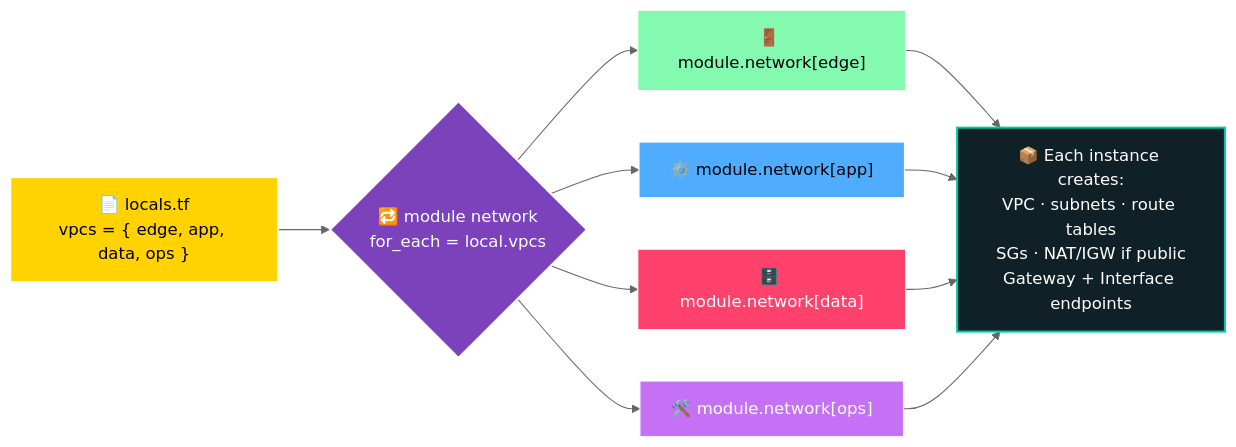
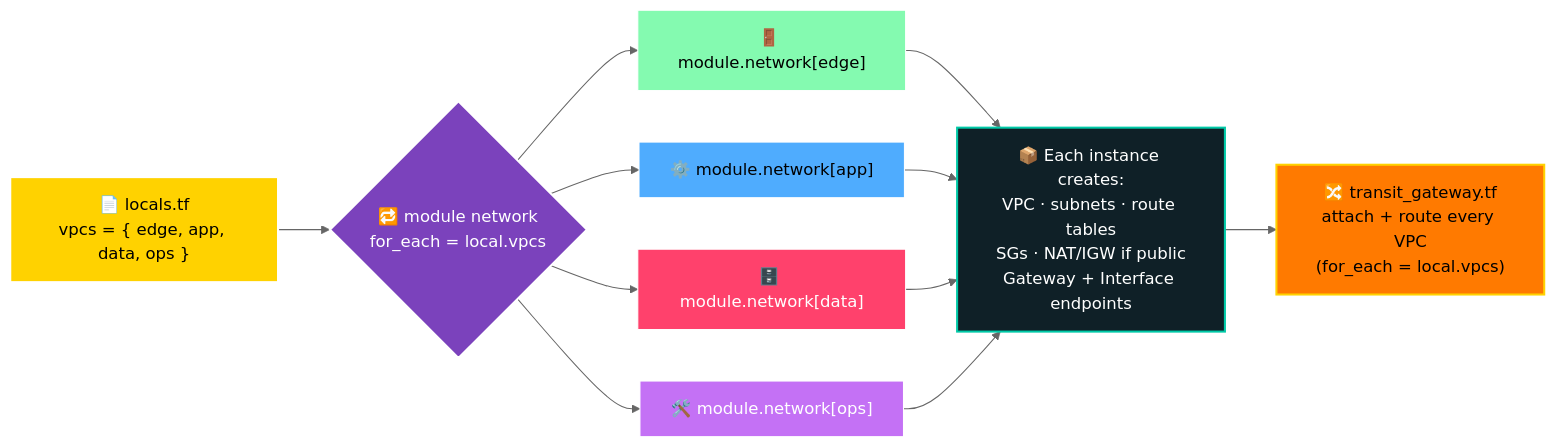
Diagram 21 of 29 in README.md (muntaha747/FinTech-Enterprise-Project), drawn with Mermaid (neutral theme) before and after one commit. The commit also changed other lines of this file and 3 other files, not shown here.

First line of the commit message:
README: animated traffic-flow, topology and state diagrams [skip ci]

````diff
--- a/README.md
+++ b/README.md
@@ -763,17 +867,19 @@
 ```mermaid
 flowchart LR
     L["📄 locals.tf<br/>vpcs = { edge, app, data, ops }"]:::loc --> M{"🔁 module network<br/>for_each = local.vpcs"}:::mod
     M --> E["🚪 module.network[edge]"]:::edge
     M --> A["⚙️ module.network[app]"]:::app
     M --> D["🗄️ module.network[data]"]:::data
     M --> O["🛠️ module.network[ops]"]:::ops
     E & A & D & O --> R["📦 Each instance creates:<br/>VPC · subnets · route tables<br/>SGs · NAT/IGW if public<br/>Gateway + Interface endpoints"]:::res
+    R --> T["🔀 transit_gateway.tf<br/>attach + route every VPC<br/>(for_each = local.vpcs)"]:::tgw
 
     classDef loc fill:#ffd200,stroke:#fff,color:#000,stroke-width:2px
     classDef mod fill:#7B42BC,stroke:#fff,color:#fff,stroke-width:2px
     classDef edge fill:#84fab0,stroke:#fff,color:#000
     classDef app fill:#4facfe,stroke:#fff,color:#000
     classDef data fill:#ff416c,stroke:#fff,color:#fff
     classDef ops fill:#c471f5,stroke:#fff,color:#fff
     classDef res fill:#0f2027,stroke:#00c9a7,color:#fff,stroke-width:2px
+    classDef tgw fill:#ff7a00,stroke:#ffd200,color:#000,stroke-width:2px
 ```
````
